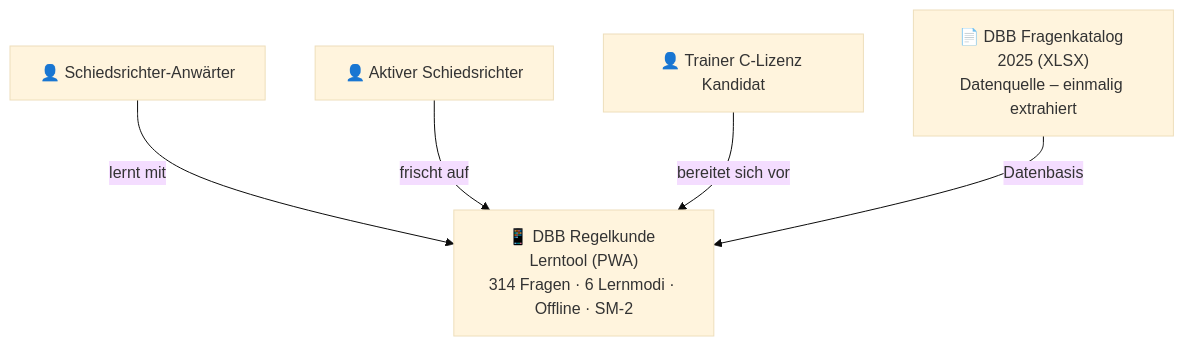
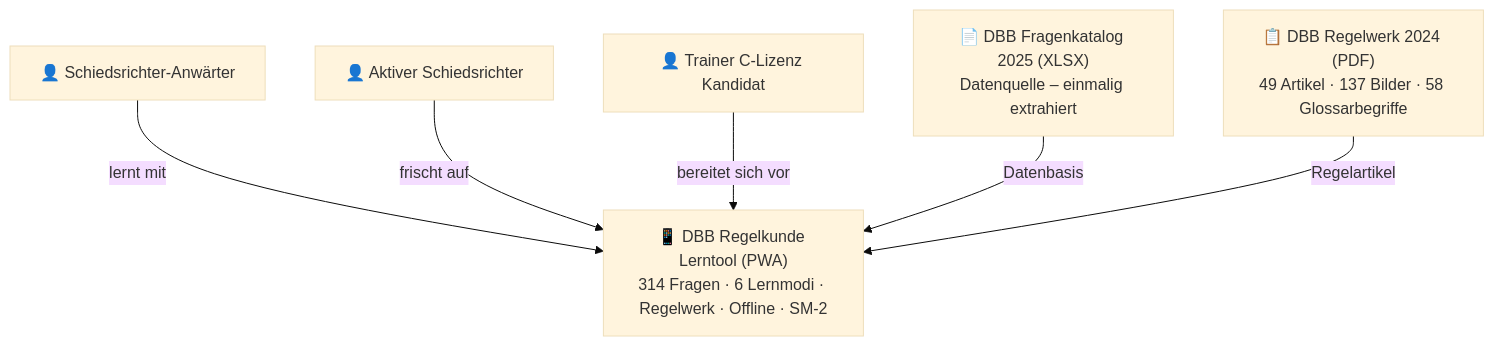
The first of 9 diagrams in docs/arc42.md (OliEder/dbb-regelkunde), drawn with Mermaid (base theme) before and after one commit. The commit also changed other lines of this file and 3 other files, not shown here.

````diff
--- a/docs/arc42.md
+++ b/docs/arc42.md
@@ -64,13 +64,15 @@
 ```mermaid
 graph TD
     A["👤 Schiedsrichter-Anwärter"]
     B["👤 Aktiver Schiedsrichter"]
     C["👤 Trainer C-Lizenz Kandidat"]
-    D["📱 DBB Regelkunde Lerntool (PWA)\n314 Fragen · 6 Lernmodi · Offline · SM-2"]
+    D["📱 DBB Regelkunde Lerntool (PWA)\n314 Fragen · 6 Lernmodi · Regelwerk · Offline · SM-2"]
     E["📄 DBB Fragenkatalog 2025 (XLSX)\nDatenquelle – einmalig extrahiert"]
+    F["📋 DBB Regelwerk 2024 (PDF)\n49 Artikel · 137 Bilder · 58 Glossarbegriffe"]
 
     A -->|lernt mit| D
     B -->|frischt auf| D
     C -->|bereitet sich vor| D
     E -->|Datenbasis| D
+    F -->|Regelartikel| D
 ```
````
